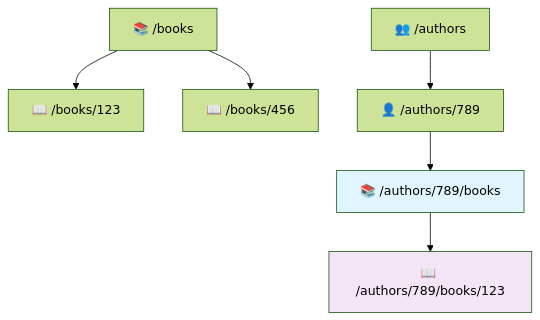
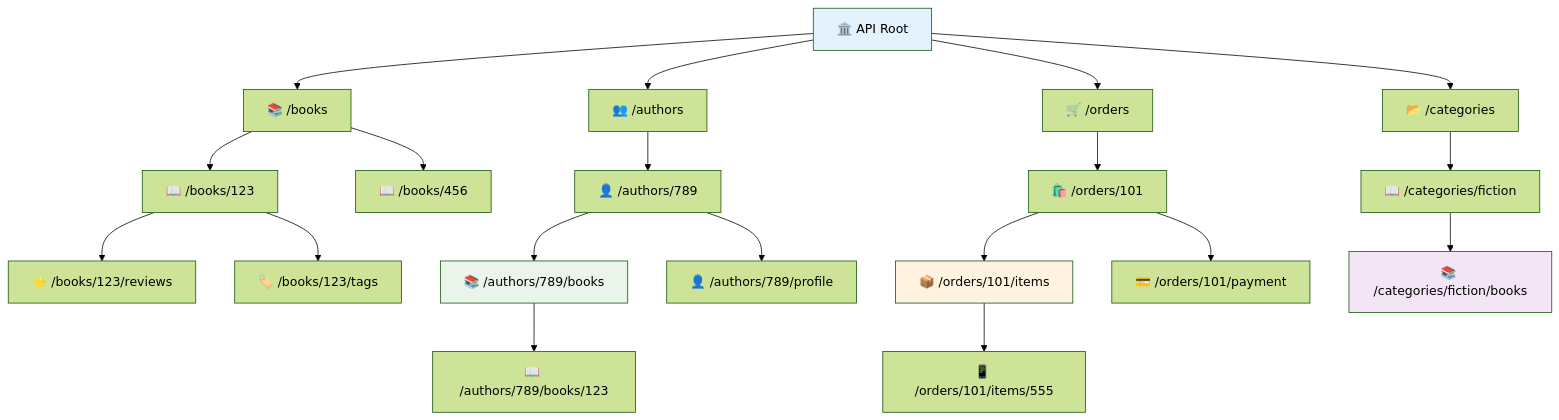
Before and after one commit to ridwanspace/restful-fastapi-guideline: the fifth of 5 diagrams in app/docs/01_getting-started/basic-uri-design/page.mdx, drawn with Mermaid (forest theme). The commit also changed other lines of this file and 1 other file, not shown here.

````diff
--- a/app/docs/01_getting-started/basic-uri-design/page.mdx
+++ b/app/docs/01_getting-started/basic-uri-design/page.mdx
@@ -94,12 +365,30 @@
 ```mermaid
 graph TD
-    A[📚 /books] --> B[📖 /books/123]
-    A --> C[📖 /books/456]
+    A[🏛️ API Root] --> B[📚 /books]
+    A --> C[👥 /authors] 
+    A --> D[🛒 /orders]
+    A --> E[📂 /categories]
     
-    D[👥 /authors] --> E[👤 /authors/789]
-    E --> F[📚 /authors/789/books]
-    F --> G[📖 /authors/789/books/123]
+    B --> B1[📖 /books/123]
+    B --> B2[📖 /books/456] 
+    B1 --> B1A[⭐ /books/123/reviews]
+    B1 --> B1B[🏷️ /books/123/tags]
     
-    style F fill:#e1f5fe
-    style G fill:#f3e5f5
+    C --> C1[👤 /authors/789]
+    C1 --> C1A[📚 /authors/789/books]
+    C1 --> C1B[👤 /authors/789/profile]
+    C1A --> C1A1[📖 /authors/789/books/123]
+    
+    D --> D1[🛍️ /orders/101]
+    D1 --> D1A[📦 /orders/101/items]
+    D1 --> D1B[💳 /orders/101/payment]
+    D1A --> D1A1[📱 /orders/101/items/555]
+    
+    E --> E1[📖 /categories/fiction]
+    E1 --> E1A[📚 /categories/fiction/books]
+    
+    style A fill:#e3f2fd
+    style C1A fill:#e8f5e8
+    style D1A fill:#fff3e0
+    style E1A fill:#f3e5f5
 ```
````
